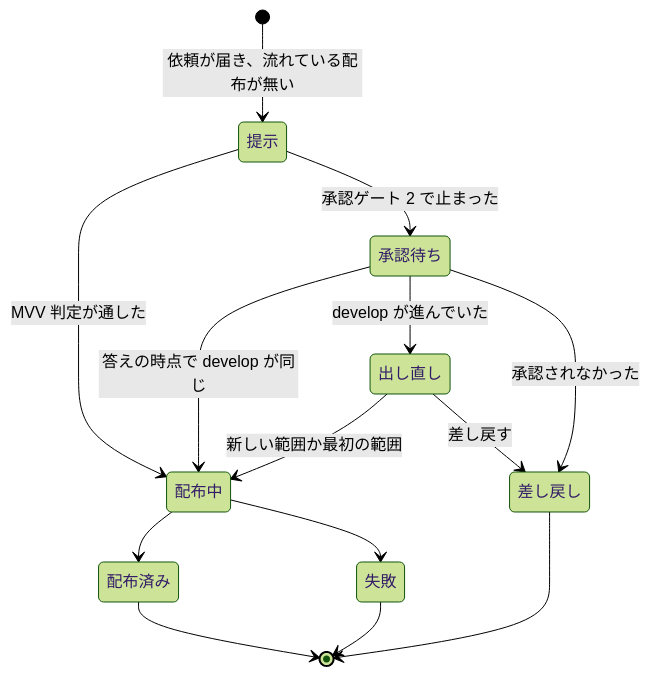
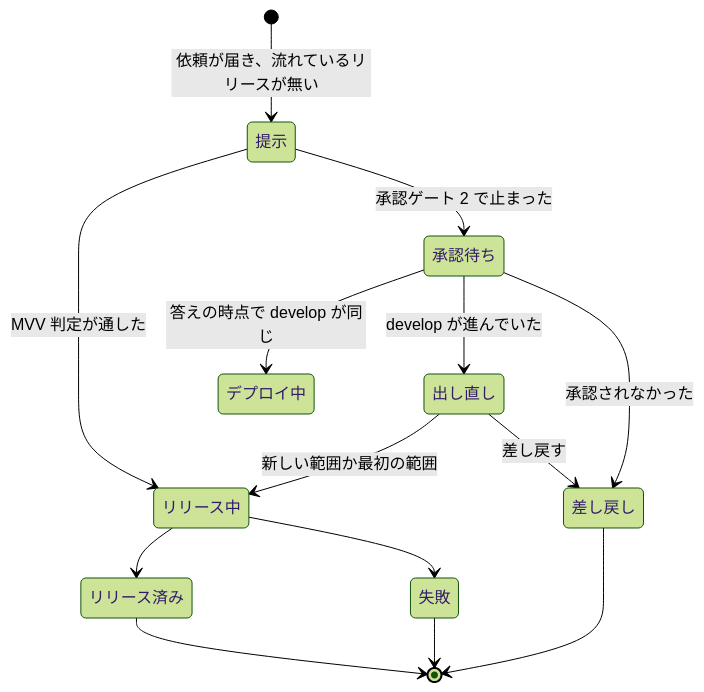
The second of 2 diagrams in docs/specifications/ndf-parallel-organizer.md (devbasex/ai-plugins), drawn with Mermaid (forest theme) before and after one commit. The commit also changed other lines of this file and 79 other files, not shown here.

````diff
--- a/docs/specifications/ndf-parallel-organizer.md
+++ b/docs/specifications/ndf-parallel-organizer.md
@@ -178,16 +178,16 @@
 ```mermaid
 stateDiagram-v2
-    [*] --> 提示: 依頼が届き、流れている配布が無い
-    提示 --> 配布中: MVV 判定が通した
+    [*] --> 提示: 依頼が届き、流れているリリースが無い
+    提示 --> リリース中: MVV 判定が通した
     提示 --> 承認待ち: 承認ゲート 2 で止まった
-    承認待ち --> 配布中: 答えの時点で develop が同じ
+    承認待ち --> デプロイ中: 答えの時点で develop が同じ
     承認待ち --> 出し直し: develop が進んでいた
-    出し直し --> 配布中: 新しい範囲か最初の範囲
+    出し直し --> リリース中: 新しい範囲か最初の範囲
     承認待ち --> 差し戻し: 承認されなかった
     出し直し --> 差し戻し: 差し戻す
-    配布中 --> 配布済み
-    配布中 --> 失敗
-    配布済み --> [*]
+    リリース中 --> リリース済み
+    リリース中 --> 失敗
+    リリース済み --> [*]
     差し戻し --> [*]
     失敗 --> [*]
 ```
````
